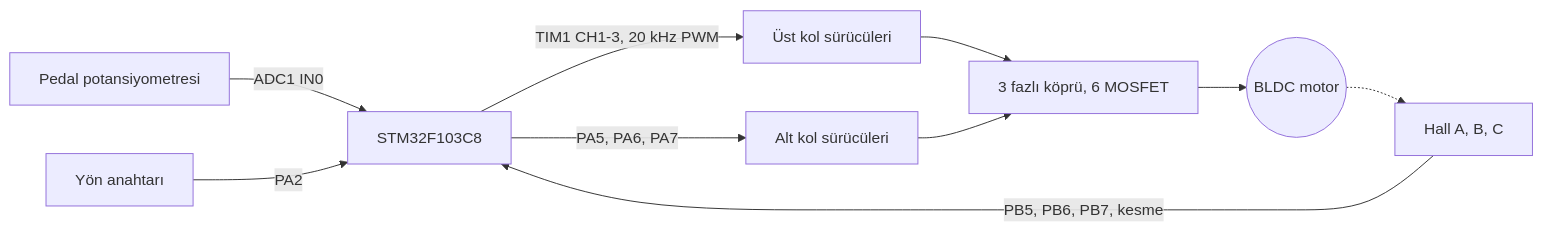
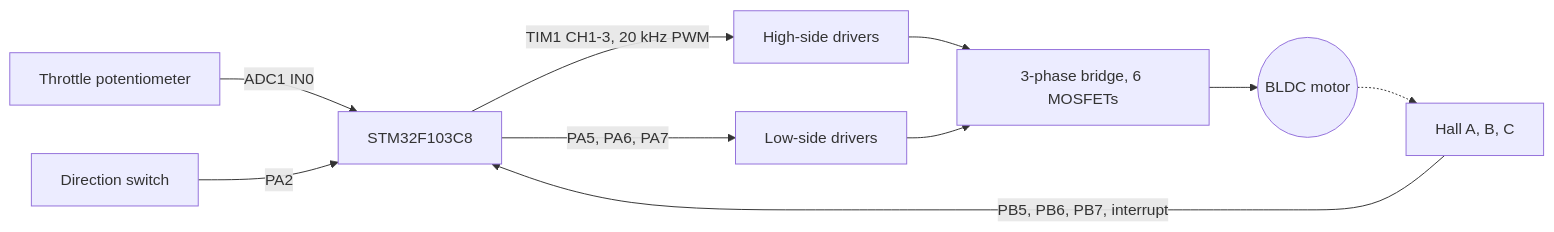
Before and after one commit to meyubcan/stm32-bldc-six-step-driver: the diagram in README.md, drawn with Mermaid. The commit also changed other lines of this file and 1 other file, not shown here.

````diff
--- a/README.md
+++ b/README.md
@@ -9,12 +13,12 @@
 ```mermaid
 flowchart LR
-    POT[Pedal potansiyometresi] -- "ADC1 IN0" --> MCU[STM32F103C8]
-    SW[Yön anahtarı] -- PA2 --> MCU
-    HALL[Hall A, B, C] -- "PB5, PB6, PB7, kesme" --> MCU
-    MCU -- "TIM1 CH1-3, 20 kHz PWM" --> HS[Üst kol sürücüleri]
-    MCU -- "PA5, PA6, PA7" --> LS[Alt kol sürücüleri]
-    HS --> INV[3 fazlı köprü, 6 MOSFET]
+    POT[Throttle potentiometer] -- "ADC1 IN0" --> MCU[STM32F103C8]
+    SW[Direction switch] -- PA2 --> MCU
+    HALL[Hall A, B, C] -- "PB5, PB6, PB7, interrupt" --> MCU
+    MCU -- "TIM1 CH1-3, 20 kHz PWM" --> HS[High-side drivers]
+    MCU -- "PA5, PA6, PA7" --> LS[Low-side drivers]
+    HS --> INV[3-phase bridge, 6 MOSFETs]
     LS --> INV
     INV --> M((BLDC motor))
     M -.-> HALL
 ```
````
